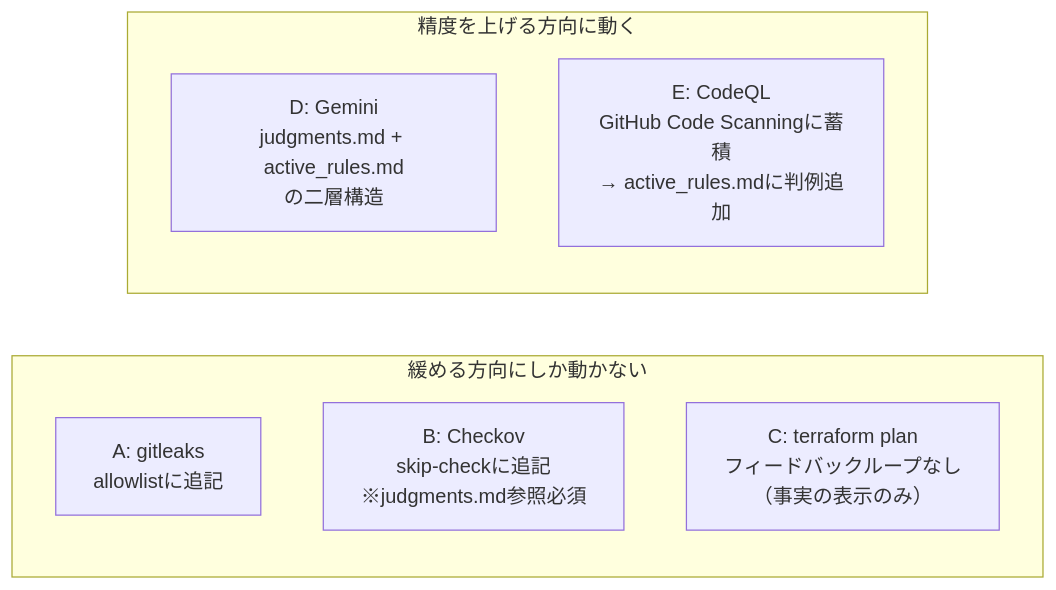
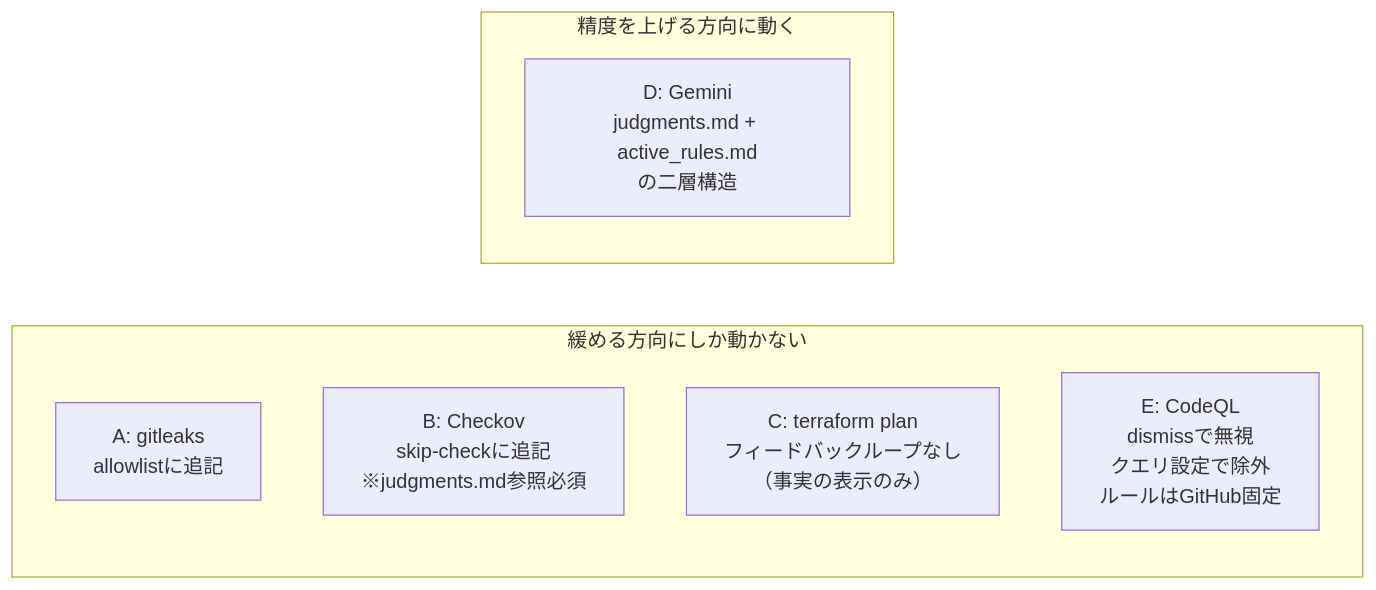
The fifth of 7 diagrams in docs/QUALITY_FEEDBACK_LOOP.md (shinkawamisaki/gcp-base), drawn with Mermaid before and after one commit. The commit also changed other lines of this file, not shown here.

First line of the commit message:
docs: CodeQLフィードバック方向の設計判断を明文化

````diff
--- a/docs/QUALITY_FEEDBACK_LOOP.md
+++ b/docs/QUALITY_FEEDBACK_LOOP.md
@@ -115,13 +115,13 @@
 ```mermaid
 flowchart LR
     subgraph LOOSE["緩める方向にしか動かない"]
         A2["A: gitleaks<br>allowlistに追記"]
         B2["B: Checkov<br>skip-checkに追記<br>※judgments.md参照必須"]
         C2["C: terraform plan<br>フィードバックループなし<br>（事実の表示のみ）"]
+        E2["E: CodeQL<br>dismissで無視<br>クエリ設定で除外<br>ルールはGitHub固定"]
     end
 
     subgraph TIGHT["精度を上げる方向に動く"]
         D2["D: Gemini<br>judgments.md + active_rules.md<br>の二層構造"]
-        E2["E: CodeQL<br>GitHub Code Scanningに蓄積<br>→ active_rules.mdに判例追加"]
     end
 ```
````
